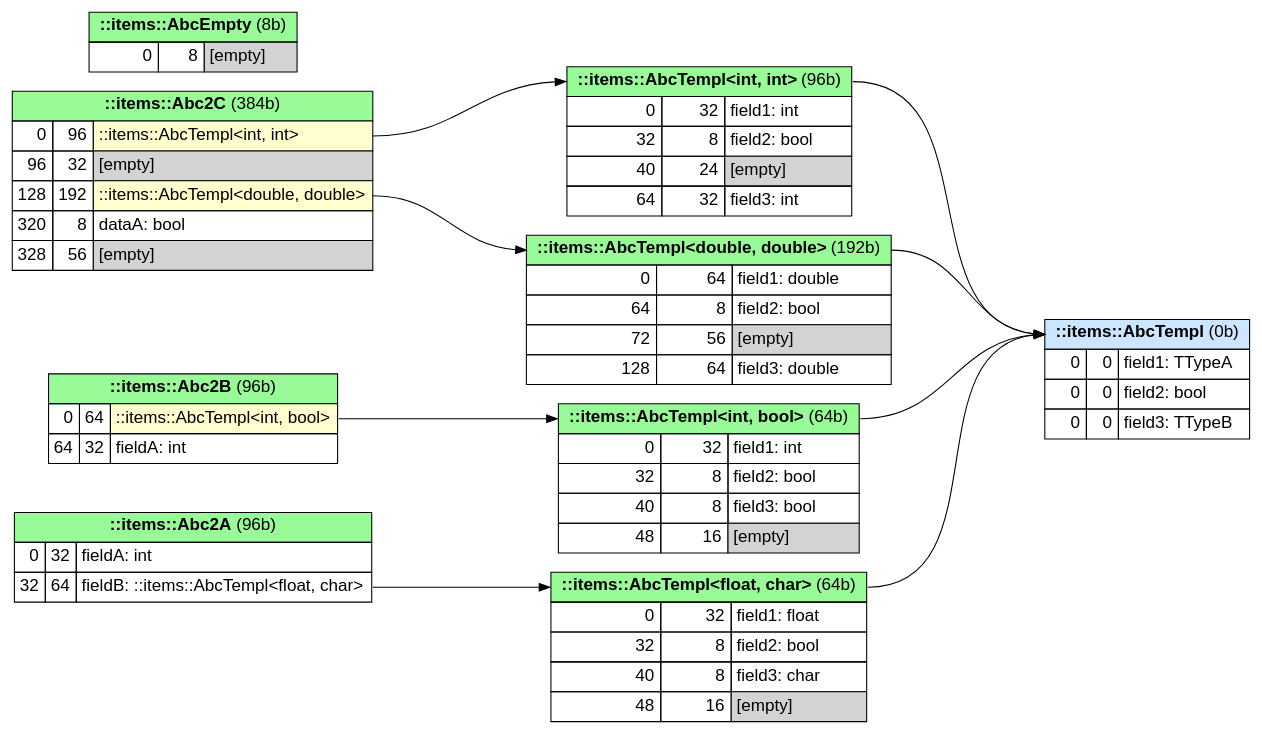
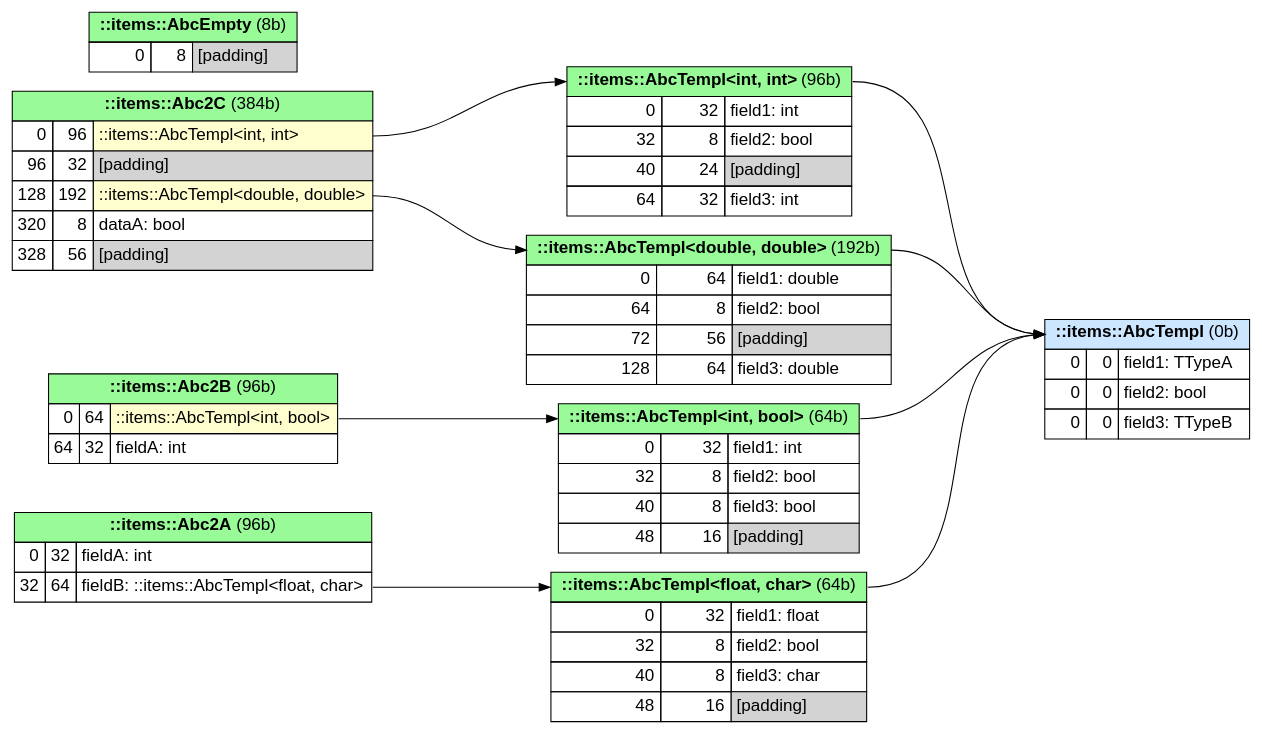
The diagram in examples/memlayout/mem_templ.cpp.dot (anetczuk/gcc-uml), drawn with Graphviz before and after one commit. The commit also changed 8 other files, not shown here.

```diff
--- a/examples/memlayout/mem_templ.cpp.dot
+++ b/examples/memlayout/mem_templ.cpp.dot
@@ -1,134 +1,134 @@
 digraph memory_layout {
 
 fontname="Helvetica,Arial,sans-serif"
 node [fontname="Helvetica,Arial,sans-serif"]
 edge [fontname="Helvetica,Arial,sans-serif"]
 
 graph [
     rankdir = "LR"
 ];
 node [
     fontsize = "16"
     shape = "record"
 ];
 
 ranksep = 2
 
 
 # items subgraph
 {
 
     "-items-Abc2C" [
         shape=plain
         label=
         <<table border="0" cellborder="1" cellspacing="0" cellpadding="4">
             <tr> <td colspan="3" bgcolor="PaleGreen" port='-1'> <b>::items::Abc2C</b>  (384b)</td> </tr>
             <tr> <td align="right" port='in_0'>0</td> <td align="right">96</td> <td align="left" bgcolor='#FEFECE' port='out_0'>::items::AbcTempl&lt;int, int&gt;</td> </tr>
-            <tr> <td align="right" port='in_1'>96</td> <td align="right">32</td> <td align="left" bgcolor='lightgray' port='out_1'>[empty]</td> </tr>
+            <tr> <td align="right" port='in_1'>96</td> <td align="right">32</td> <td align="left" bgcolor='lightgray' port='out_1'>[padding]</td> </tr>
             <tr> <td align="right" port='in_2'>128</td> <td align="right">192</td> <td align="left" bgcolor='#FEFECE' port='out_2'>::items::AbcTempl&lt;double, double&gt;</td> </tr>
             <tr> <td align="right" port='in_3'>320</td> <td align="right">8</td> <td align="left" port='out_3'>dataA: bool</td> </tr>
-            <tr> <td align="right" port='in_4'>328</td> <td align="right">56</td> <td align="left" bgcolor='lightgray' port='out_4'>[empty]</td> </tr>
+            <tr> <td align="right" port='in_4'>328</td> <td align="right">56</td> <td align="left" bgcolor='lightgray' port='out_4'>[padding]</td> </tr>
         </table>>
     ]
 
     "-items-Abc2B" [
         shape=plain
         label=
         <<table border="0" cellborder="1" cellspacing="0" cellpadding="4">
             <tr> <td colspan="3" bgcolor="PaleGreen" port='-1'> <b>::items::Abc2B</b>  (96b)</td> </tr>
             <tr> <td align="right" port='in_0'>0</td> <td align="right">64</td> <td align="left" bgcolor='#FEFECE' port='out_0'>::items::AbcTempl&lt;int, bool&gt;</td> </tr>
             <tr> <td align="right" port='in_1'>64</td> <td align="right">32</td> <td align="left" port='out_1'>fieldA: int</td> </tr>
         </table>>
     ]
 
     "-items-Abc2A" [
         shape=plain
         label=
         <<table border="0" cellborder="1" cellspacing="0" cellpadding="4">
             <tr> <td colspan="3" bgcolor="PaleGreen" port='-1'> <b>::items::Abc2A</b>  (96b)</td> </tr>
             <tr> <td align="right" port='in_0'>0</td> <td align="right">32</td> <td align="left" port='out_0'>fieldA: int</td> </tr>
             <tr> <td align="right" port='in_1'>32</td> <td align="right">64</td> <td align="left" port='out_1'>fieldB: ::items::AbcTempl&lt;float, char&gt;</td> </tr>
         </table>>
     ]
 
     "-items-AbcTempl" [
         shape=plain
         label=
         <<table border="0" cellborder="1" cellspacing="0" cellpadding="4">
             <tr> <td colspan="3" bgcolor="#cde6ff" port='-1'> <b>::items::AbcTempl</b>  (0b)</td> </tr>
             <tr> <td align="right" port='in_0'>0</td> <td align="right">0</td> <td align="left" port='out_0'>field1: TTypeA</td> </tr>
             <tr> <td align="right" port='in_1'>0</td> <td align="right">0</td> <td align="left" port='out_1'>field2: bool</td> </tr>
             <tr> <td align="right" port='in_2'>0</td> <td align="right">0</td> <td align="left" port='out_2'>field3: TTypeB</td> </tr>
         </table>>
     ]
 
     "-items-AbcTempl&lt;double, double&gt;" [
         shape=plain
         label=
         <<table border="0" cellborder="1" cellspacing="0" cellpadding="4">
             <tr> <td colspan="3" bgcolor="PaleGreen" port='-1'> <b>::items::AbcTempl&lt;double, double&gt;</b>  (192b)</td> </tr>
             <tr> <td align="right" port='in_0'>0</td> <td align="right">64</td> <td align="left" port='out_0'>field1: double</td> </tr>
             <tr> <td align="right" port='in_1'>64</td> <td align="right">8</td> <td align="left" port='out_1'>field2: bool</td> </tr>
-            <tr> <td align="right" port='in_2'>72</td> <td align="right">56</td> <td align="left" bgcolor='lightgray' port='out_2'>[empty]</td> </tr>
+            <tr> <td align="right" port='in_2'>72</td> <td align="right">56</td> <td align="left" bgcolor='lightgray' port='out_2'>[padding]</td> </tr>
             <tr> <td align="right" port='in_3'>128</td> <td align="right">64</td> <td align="left" port='out_3'>field3: double</td> </tr>
         </table>>
     ]
 
     "-items-AbcTempl&lt;int, int&gt;" [
         shape=plain
         label=
         <<table border="0" cellborder="1" cellspacing="0" cellpadding="4">
             <tr> <td colspan="3" bgcolor="PaleGreen" port='-1'> <b>::items::AbcTempl&lt;int, int&gt;</b>  (96b)</td> </tr>
             <tr> <td align="right" port='in_0'>0</td> <td align="right">32</td> <td align="left" port='out_0'>field1: int</td> </tr>
             <tr> <td align="right" port='in_1'>32</td> <td align="right">8</td> <td align="left" port='out_1'>field2: bool</td> </tr>
-            <tr> <td align="right" port='in_2'>40</td> <td align="right">24</td> <td align="left" bgcolor='lightgray' port='out_2'>[empty]</td> </tr>
+            <tr> <td align="right" port='in_2'>40</td> <td align="right">24</td> <td align="left" bgcolor='lightgray' port='out_2'>[padding]</td> </tr>
             <tr> <td align="right" port='in_3'>64</td> <td align="right">32</td> <td align="left" port='out_3'>field3: int</td> </tr>
         </table>>
     ]
 
     "-items-AbcTempl&lt;int, bool&gt;" [
         shape=plain
         label=
         <<table border="0" cellborder="1" cellspacing="0" cellpadding="4">
             <tr> <td colspan="3" bgcolor="PaleGreen" port='-1'> <b>::items::AbcTempl&lt;int, bool&gt;</b>  (64b)</td> </tr>
             <tr> <td align="right" port='in_0'>0</td> <td align="right">32</td> <td align="left" port='out_0'>field1: int</td> </tr>
             <tr> <td align="right" port='in_1'>32</td> <td align="right">8</td> <td align="left" port='out_1'>field2: bool</td> </tr>
             <tr> <td align="right" port='in_2'>40</td> <td align="right">8</td> <td align="left" port='out_2'>field3: bool</td> </tr>
-            <tr> <td align="right" port='in_3'>48</td> <td align="right">16</td> <td align="left" bgcolor='lightgray' port='out_3'>[empty]</td> </tr>
+            <tr> <td align="right" port='in_3'>48</td> <td align="right">16</td> <td align="left" bgcolor='lightgray' port='out_3'>[padding]</td> </tr>
         </table>>
     ]
 
     "-items-AbcTempl&lt;float, char&gt;" [
         shape=plain
         label=
         <<table border="0" cellborder="1" cellspacing="0" cellpadding="4">
             <tr> <td colspan="3" bgcolor="PaleGreen" port='-1'> <b>::items::AbcTempl&lt;float, char&gt;</b>  (64b)</td> </tr>
             <tr> <td align="right" port='in_0'>0</td> <td align="right">32</td> <td align="left" port='out_0'>field1: float</td> </tr>
             <tr> <td align="right" port='in_1'>32</td> <td align="right">8</td> <td align="left" port='out_1'>field2: bool</td> </tr>
             <tr> <td align="right" port='in_2'>40</td> <td align="right">8</td> <td align="left" port='out_2'>field3: char</td> </tr>
-            <tr> <td align="right" port='in_3'>48</td> <td align="right">16</td> <td align="left" bgcolor='lightgray' port='out_3'>[empty]</td> </tr>
+            <tr> <td align="right" port='in_3'>48</td> <td align="right">16</td> <td align="left" bgcolor='lightgray' port='out_3'>[padding]</td> </tr>
         </table>>
     ]
 
     "-items-AbcEmpty" [
         shape=plain
         label=
         <<table border="0" cellborder="1" cellspacing="0" cellpadding="4">
             <tr> <td colspan="3" bgcolor="PaleGreen" port='-1'> <b>::items::AbcEmpty</b>  (8b)</td> </tr>
-            <tr> <td align="right" port='in_0'>0</td> <td align="right">8</td> <td align="left" bgcolor='lightgray' port='out_0'>[empty]</td> </tr>
+            <tr> <td align="right" port='in_0'>0</td> <td align="right">8</td> <td align="left" bgcolor='lightgray' port='out_0'>[padding]</td> </tr>
         </table>>
     ]
 
 
     "-items-Abc2C":"out_0" -> "-items-AbcTempl&lt;int, int&gt;":"-1"
     "-items-Abc2C":"out_2" -> "-items-AbcTempl&lt;double, double&gt;":"-1"
     "-items-Abc2B":"out_0" -> "-items-AbcTempl&lt;int, bool&gt;":"-1"
     "-items-Abc2A":"out_1" -> "-items-AbcTempl&lt;float, char&gt;":"-1"
     "-items-AbcTempl&lt;double, double&gt;":"-1" -> "-items-AbcTempl":"-1"
     "-items-AbcTempl&lt;int, int&gt;":"-1" -> "-items-AbcTempl":"-1"
     "-items-AbcTempl&lt;int, bool&gt;":"-1" -> "-items-AbcTempl":"-1"
     "-items-AbcTempl&lt;float, char&gt;":"-1" -> "-items-AbcTempl":"-1"
 
 }  # end of items subgraph
 
 }  # end of graph
```
